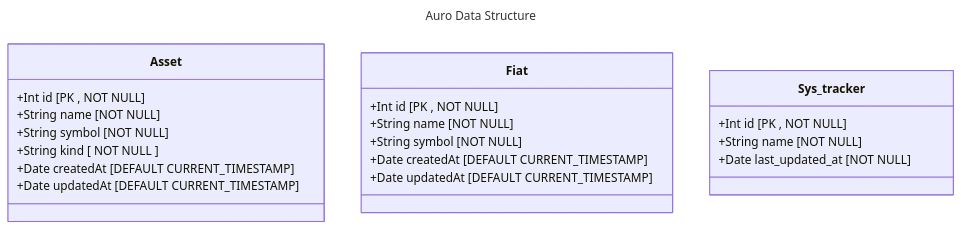
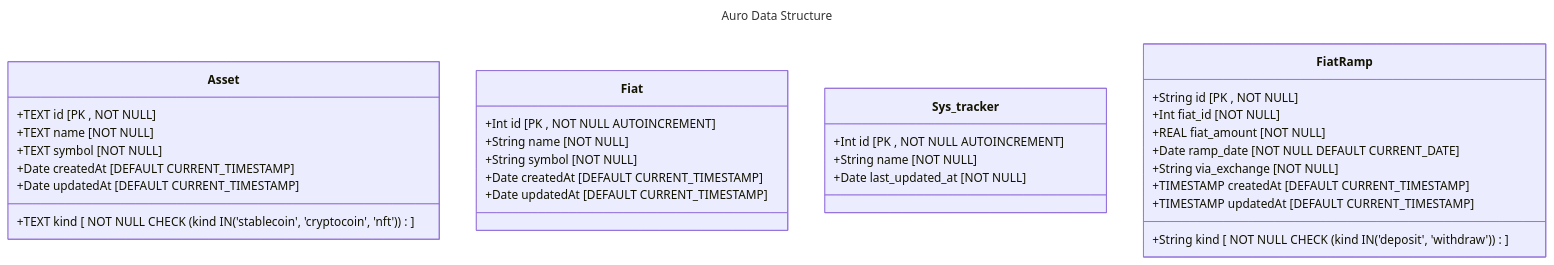
Before and after one commit to darwinsubramaniam/aura: the diagram in docs/data-structure.mmd, drawn with Mermaid. The commit also changed 6 other files, not shown here.

```diff
--- a/docs/data-structure.mmd
+++ b/docs/data-structure.mmd
@@ -1,21 +1,30 @@
 ---
 title: Auro Data Structure
 ---
 classDiagram
     class Asset
-    Asset : +Int id [PK , NOT NULL]
-    Asset : +String name [NOT NULL]
-    Asset : +String symbol [NOT NULL]
-    Asset : +String kind [ NOT NULL ]
+    Asset : +TEXT id [PK , NOT NULL]
+    Asset : +TEXT name [NOT NULL]
+    Asset : +TEXT symbol [NOT NULL]
+    Asset : +TEXT kind [ NOT NULL CHECK (kind IN ('stablecoin', 'cryptocoin', 'nft')) ] 
     Asset : +Date createdAt [DEFAULT CURRENT_TIMESTAMP]
     Asset : +Date updatedAt [DEFAULT CURRENT_TIMESTAMP]
     class Fiat
-    Fiat : +Int id [PK , NOT NULL]
+    Fiat : +Int id [PK , NOT NULL AUTOINCREMENT]
     Fiat : +String name [NOT NULL]
     Fiat : +String symbol [NOT NULL]
     Fiat : +Date createdAt [DEFAULT CURRENT_TIMESTAMP]
     Fiat : +Date updatedAt [DEFAULT CURRENT_TIMESTAMP]
     class Sys_tracker
-    Sys_tracker : +Int id [PK , NOT NULL]
+    Sys_tracker : +Int id [PK , NOT NULL AUTOINCREMENT]
     Sys_tracker : +String name [NOT NULL]
     Sys_tracker : +Date last_updated_at [NOT NULL]
+    class FiatRamp
+    FiatRamp : +String id [PK , NOT NULL]
+    FiatRamp : +Int fiat_id [NOT NULL]
+    FiatRamp : +REAL fiat_amount [NOT NULL]
+    FiatRamp : +Date ramp_date [NOT NULL DEFAULT CURRENT_DATE]
+    FiatRamp : +String via_exchange [NOT NULL]
+    FiatRamp : +String kind [ NOT NULL CHECK (kind IN ('deposit', 'withdraw')) ] 
+    FiatRamp : +TIMESTAMP createdAt [DEFAULT CURRENT_TIMESTAMP]
+    FiatRamp : +TIMESTAMP updatedAt [DEFAULT CURRENT_TIMESTAMP]
```
